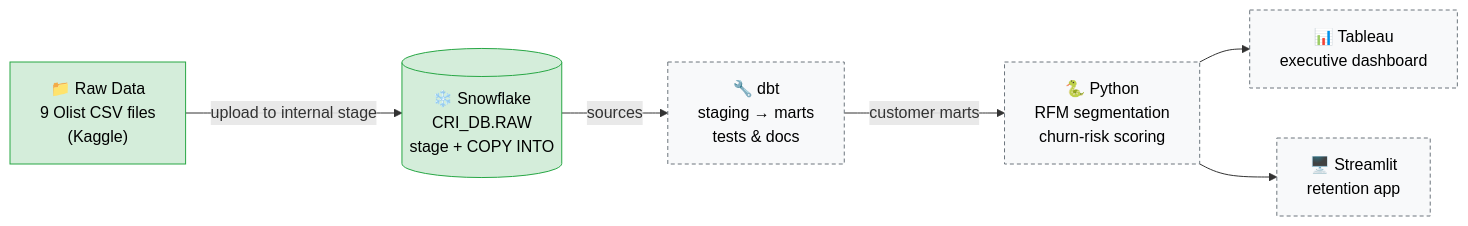
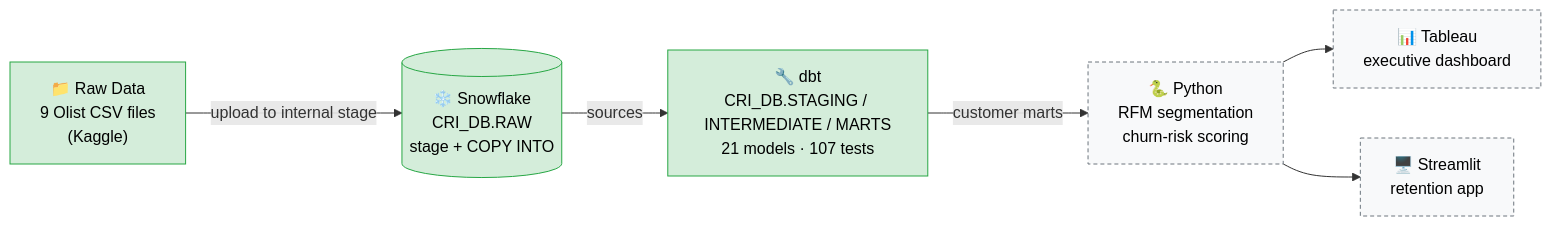
The diagram in docs/architecture.md (methirishika16/customer-retention-intelligence-platform), drawn with Mermaid before and after one commit. The commit also changed other lines of this file and 40 other files, not shown here.

````diff
--- a/docs/architecture.md
+++ b/docs/architecture.md
@@ -3,20 +3,20 @@
 ```mermaid
 flowchart LR
     A["📁 Raw Data<br/>9 Olist CSV files<br/>(Kaggle)"]
     B[("❄️ Snowflake<br/>CRI_DB.RAW<br/>stage + COPY INTO")]
-    C["🔧 dbt<br/>staging → marts<br/>tests & docs"]
+    C["🔧 dbt<br/>CRI_DB.STAGING / INTERMEDIATE / MARTS<br/>21 models · 107 tests"]
     D["🐍 Python<br/>RFM segmentation<br/>churn-risk scoring"]
     E["📊 Tableau<br/>executive dashboard"]
     F["🖥️ Streamlit<br/>retention app"]
 
     A -->|"upload to internal stage"| B
     B -->|"sources"| C
     C -->|"customer marts"| D
     D --> E
     D --> F
 
     classDef done fill:#d4edda,stroke:#28a745,color:#000
     classDef next fill:#f8f9fa,stroke:#6c757d,color:#000,stroke-dasharray: 4 3
-    class A,B done
-    class C,D,E,F next
+    class A,B,C done
+    class D,E,F next
 ```
````
